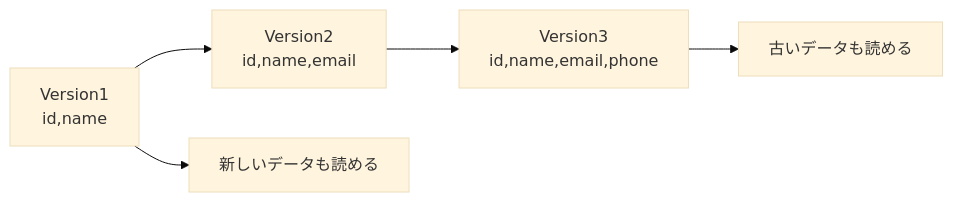
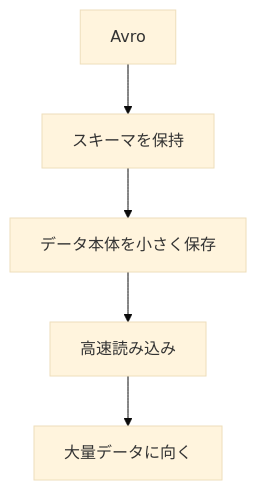
Before and after one commit to hayashihiroki-paya/dp900-learning: the third of 10 diagrams in AvroとPerquet.md, drawn with Mermaid (base theme). The commit also changed other lines of this file, not shown here.

First line of the commit message:
Revise Avro and Parquet comparison document

````diff
--- a/AvroとPerquet.md
+++ b/AvroとPerquet.md
@@ -182,10 +145,17 @@
 ```mermaid
-flowchart LR
+flowchart TD
 
-A[Version1<br/>id,name]
---> B[Version2<br/>id,name,email]
---> C[Version3<br/>id,name,email,phone]
+A[Avro]
 
-C --> D[古いデータも読める]
-A --> E[新しいデータも読める]
+A
+--> B[スキーマを保持]
+
+B
+--> C[データ本体を小さく保存]
+
+C
+--> D[高速読み込み]
+
+D
+--> E[大量データに向く]
 ```
````
